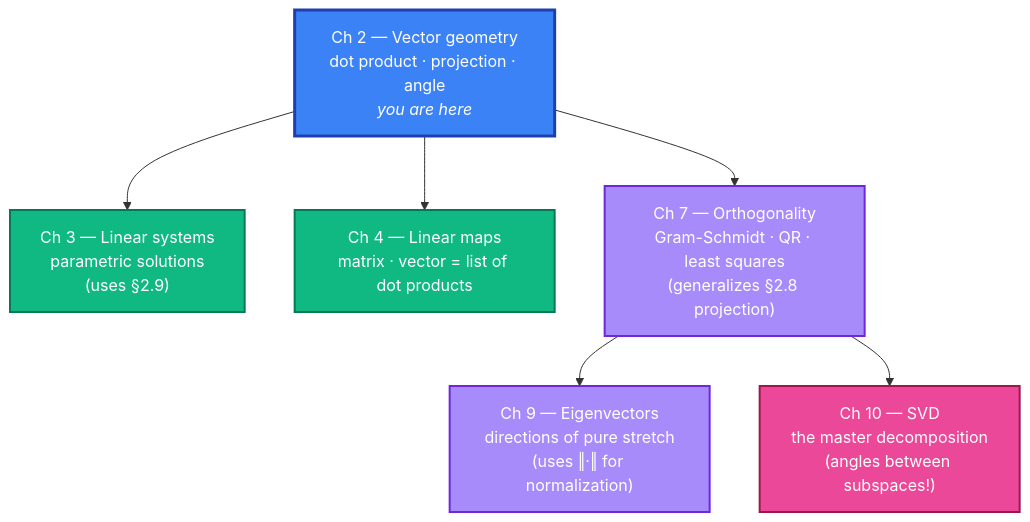
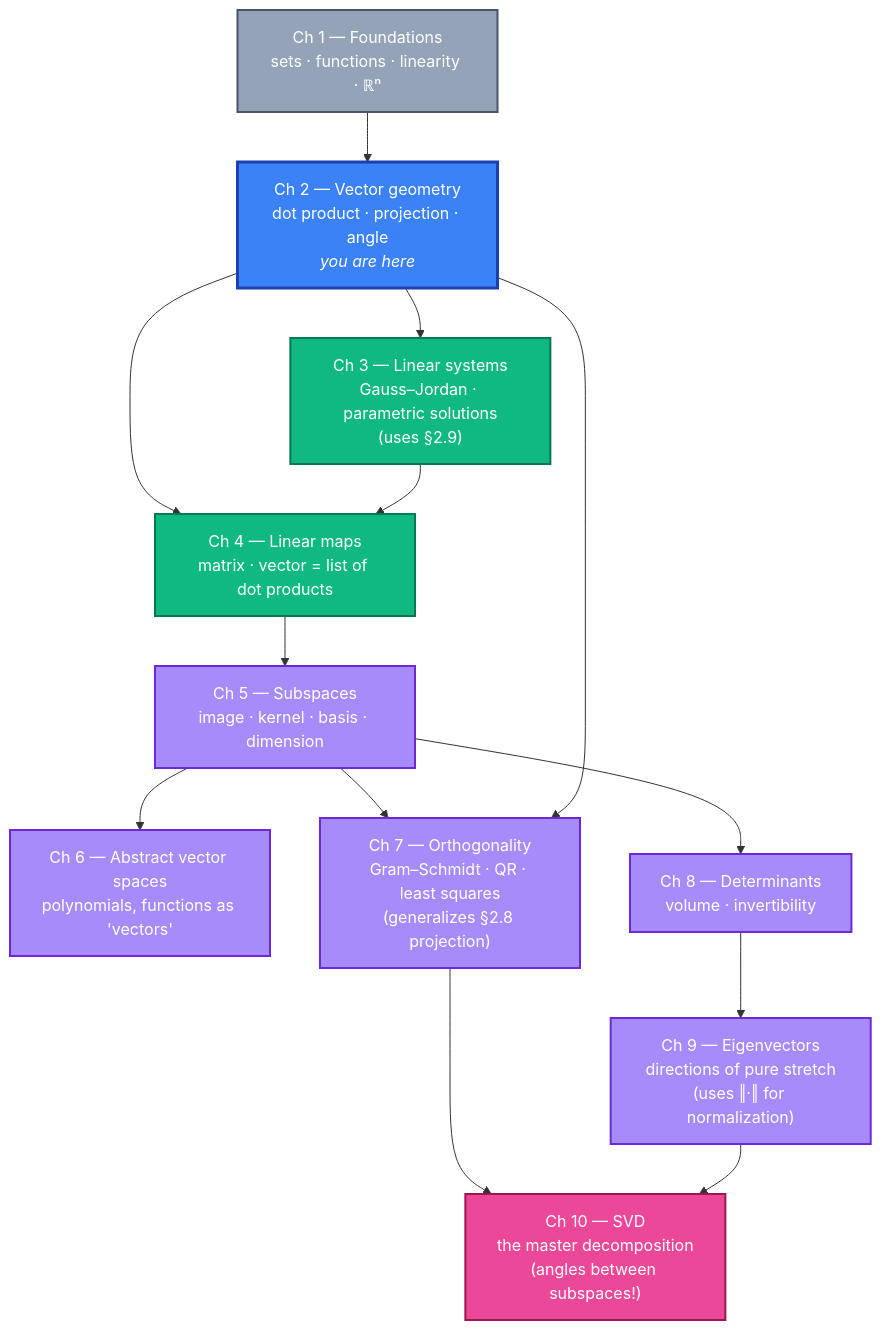
One commit to prashantkul/learn-linear-algebra changed the eighth of 8 diagrams in chapters/02-vectors-and-geometry/notes.md. Above: the diagram before and after it, drawn with Mermaid. The commit also changed other lines of this file, not shown here.

Commit message:
Ch 2 §2.12: complete the 10-chapter roadmap diagram
Original diagram cut to only chapters that consume Ch 2's ideas
(Ch 3, 4, 7, 9, 10). Restoring the full curriculum view so the
roadmap matches Ch 1's: includes Ch 1 (done, grey), Ch 5 (subspaces),
Ch 6 (abstract spaces), and Ch 8 (determinants), with edges showing
the actual dependency order.

````diff
--- a/chapters/02-vectors-and-geometry/notes.md
+++ b/chapters/02-vectors-and-geometry/notes.md
@@ -541,20 +541,32 @@
 ```mermaid
 flowchart TD
+    classDef done fill:#94a3b8,stroke:#475569,color:#fff,stroke-width:2px
     classDef now fill:#3b82f6,stroke:#1e40af,color:#fff,stroke-width:3px
     classDef next fill:#10b981,stroke:#047857,color:#fff,stroke-width:2px
     classDef far fill:#a78bfa,stroke:#6d28d9,color:#fff,stroke-width:2px
     classDef cap fill:#ec4899,stroke:#9d174d,color:#fff,stroke-width:2px
 
+    C1["Ch 1 — Foundations<br/>sets · functions · linearity · ℝⁿ"]:::done
     C2["Ch 2 — Vector geometry<br/>dot product · projection · angle<br/><i>you are here</i>"]:::now
-    C3["Ch 3 — Linear systems<br/>parametric solutions<br/>(uses §2.9)"]:::next
+    C3["Ch 3 — Linear systems<br/>Gauss–Jordan · parametric solutions<br/>(uses §2.9)"]:::next
     C4["Ch 4 — Linear maps<br/>matrix · vector = list of dot products"]:::next
-    C7["Ch 7 — Orthogonality<br/>Gram-Schmidt · QR · least squares<br/>(generalizes §2.8 projection)"]:::far
+    C5["Ch 5 — Subspaces<br/>image · kernel · basis · dimension"]:::far
+    C6["Ch 6 — Abstract vector spaces<br/>polynomials, functions as 'vectors'"]:::far
+    C7["Ch 7 — Orthogonality<br/>Gram–Schmidt · QR · least squares<br/>(generalizes §2.8 projection)"]:::far
+    C8["Ch 8 — Determinants<br/>volume · invertibility"]:::far
     C9["Ch 9 — Eigenvectors<br/>directions of pure stretch<br/>(uses ‖·‖ for normalization)"]:::far
     C10["Ch 10 — SVD<br/>the master decomposition<br/>(angles between subspaces!)"]:::cap
 
+    C1 --> C2
     C2 --> C3
     C2 --> C4
+    C3 --> C4
+    C4 --> C5
+    C5 --> C6
+    C5 --> C7
     C2 --> C7
-    C7 --> C9
+    C5 --> C8
+    C8 --> C9
     C7 --> C10
+    C9 --> C10
 ```
````
